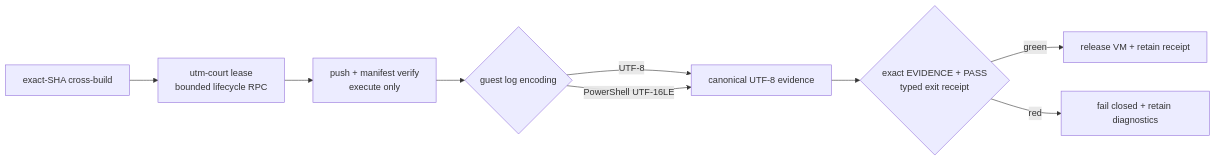
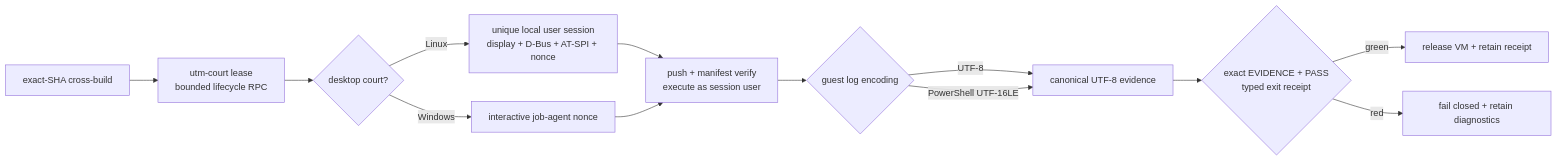
The diagram in prd/PRD_02_17_delivery_quality.md (partnernetsoftware/agenterm), drawn with Mermaid before and after one commit. The commit also changed other lines of this file and 1 other file, not shown here.

Commit message:
cu: run Linux courts in the desktop session

````diff
--- a/prd/PRD_02_17_delivery_quality.md
+++ b/prd/PRD_02_17_delivery_quality.md
@@ -1153,11 +1164,15 @@
 ```mermaid
 flowchart LR
   B["exact-SHA cross-build"] --> L["utm-court lease<br/>bounded lifecycle RPC"]
-  L --> X["push + manifest verify<br/>execute only"]
+  L --> S{"desktop court?"}
+  S -->|Linux| I["unique local user session<br/>display + D-Bus + AT-SPI + nonce"]
+  S -->|Windows| W["interactive job-agent nonce"]
+  I --> X["push + manifest verify<br/>execute as session user"]
+  W --> X
   X --> G{"guest log encoding"}
   G -->|UTF-8| N["canonical UTF-8 evidence"]
   G -->|PowerShell UTF-16LE| N
   N --> V{"exact EVIDENCE + PASS<br/>typed exit receipt"}
   V -->|green| R["release VM + retain receipt"]
   V -->|red| F["fail closed + retain diagnostics"]
 ```
````
